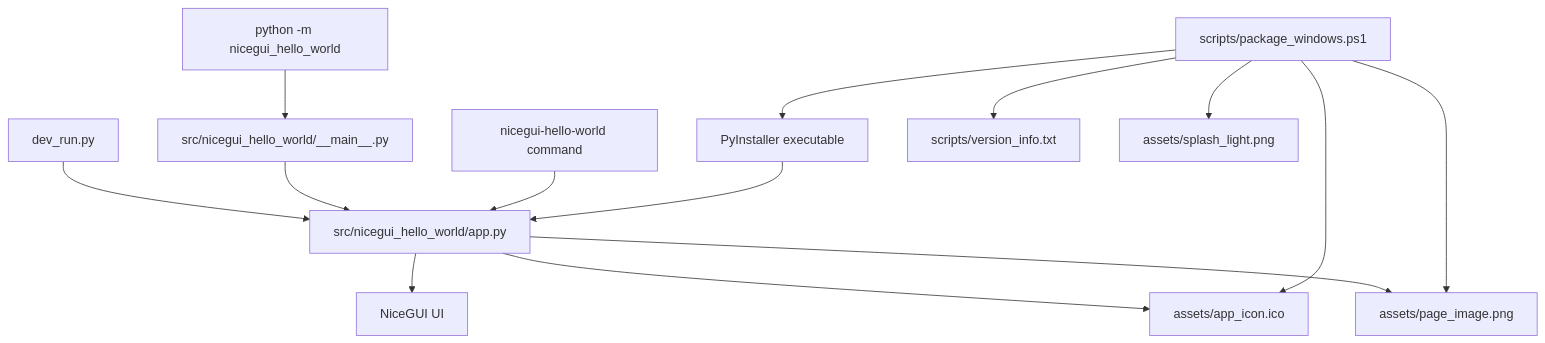
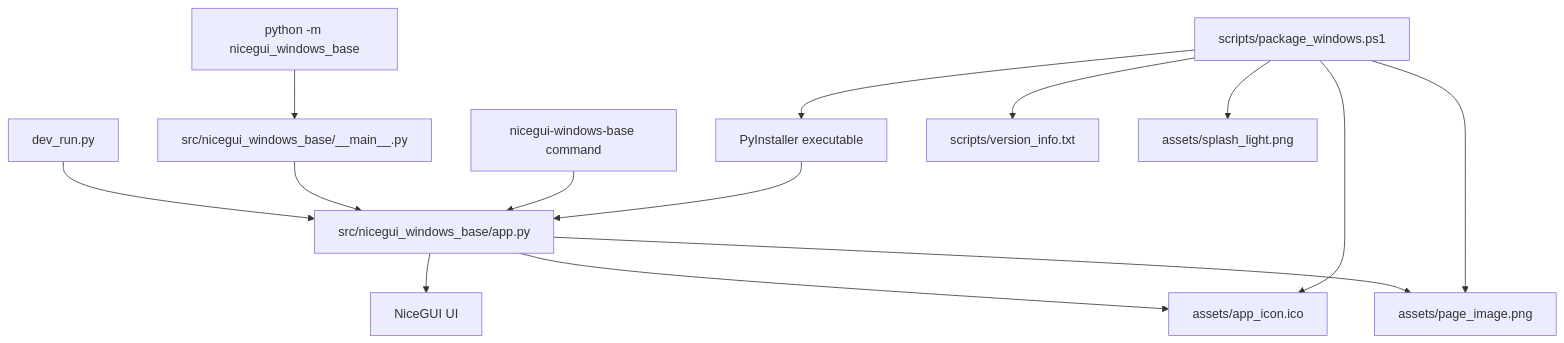
Before and after one commit to Fonze81/NiceGui-Windows-Base: the diagram in docs/README.md, drawn with Mermaid. The commit also changed other lines of this file and 23 other files, not shown here.

First line of the commit message:
refactor(package): rename package directory to nicegui_windows_base

````diff
--- a/docs/README.md
+++ b/docs/README.md
@@ -25,16 +25,16 @@
 ```mermaid
 flowchart TD
-    A[dev_run.py] --> B[src/nicegui_hello_world/app.py]
-    C[python -m nicegui_hello_world] --> D[src/nicegui_hello_world/__main__.py]
+    A[dev_run.py] --> B[src/nicegui_windows_base/app.py]
+    C[python -m nicegui_windows_base] --> D[src/nicegui_windows_base/__main__.py]
     D --> B
-    E[nicegui-hello-world command] --> B
+    E[nicegui-windows-base command] --> B
     F[PyInstaller executable] --> B
     B --> G[NiceGUI UI]
     B --> H[assets/app_icon.ico]
     B --> I[assets/page_image.png]
     J[scripts/package_windows.ps1] --> F
     J --> H
     J --> I
     J --> K[scripts/version_info.txt]
     J --> L[assets/splash_light.png]
 ```
````
